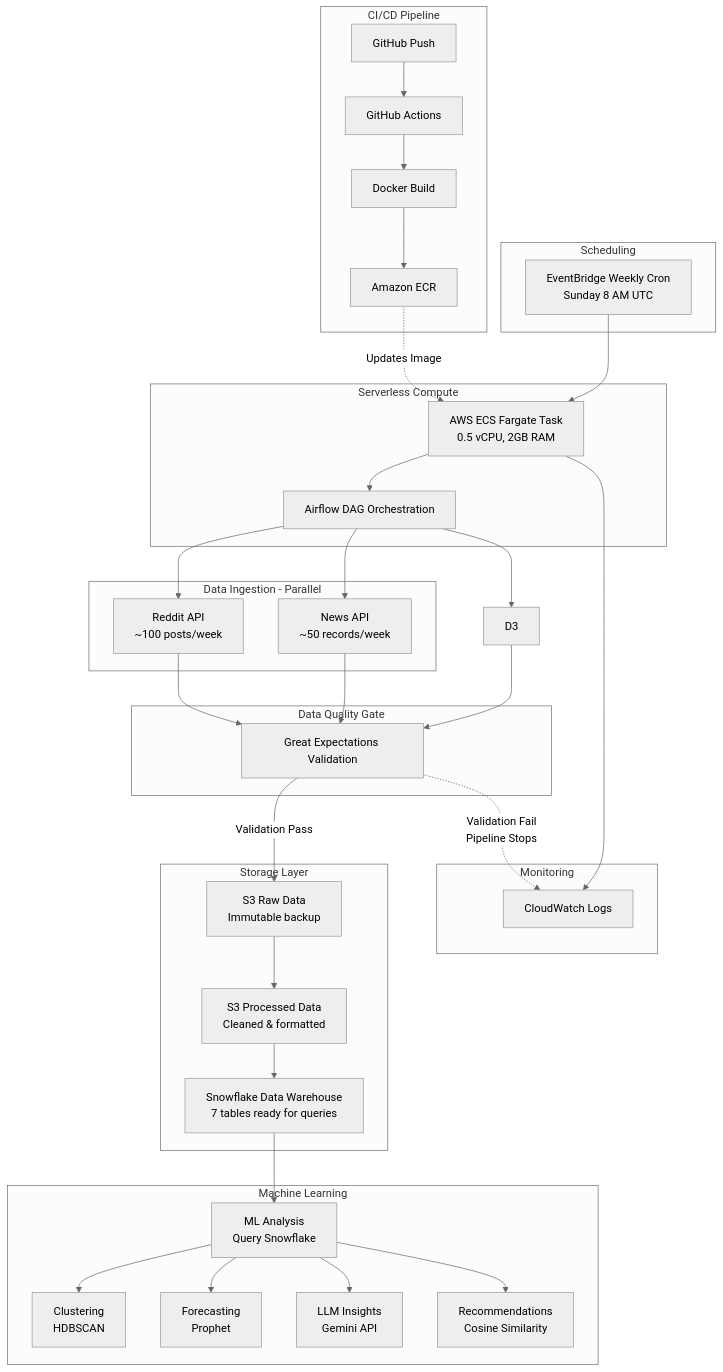
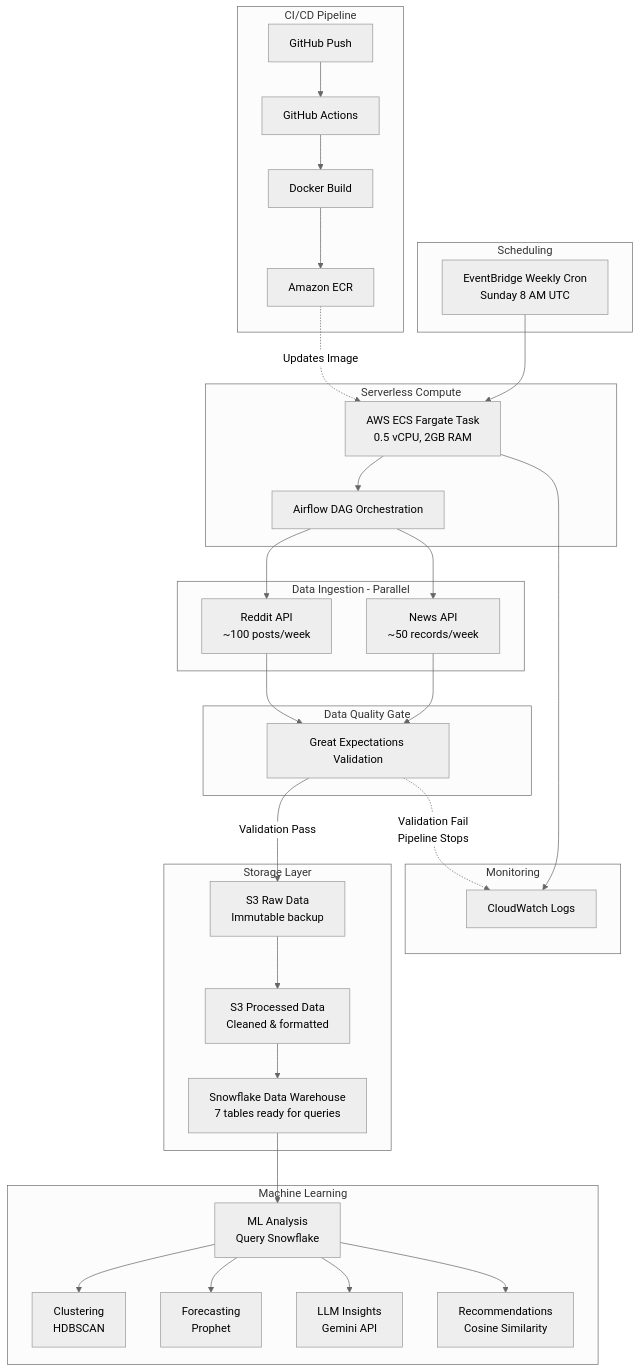
One commit to atremante26/Mental_Health_Project changed the diagram in README.md. Above: the diagram before and after it, drawn with Mermaid (neutral theme).

````diff
--- a/README.md
+++ b/README.md
@@ -82,74 +82,72 @@
 ```mermaid
 graph TB
     subgraph trigger["Scheduling"]
         A[EventBridge Weekly Cron<br/>Sunday 8 AM UTC]
     end
     
     subgraph compute["Serverless Compute"]
         B[AWS ECS Fargate Task<br/>0.5 vCPU, 2GB RAM]
         C[Airflow DAG Orchestration]
     end
     
     subgraph ingestion["Data Ingestion - Parallel"]
         D1[Reddit API<br/>~100 posts/week]
         D2[News API<br/>~50 records/week]
     end
     
     subgraph validation["Data Quality Gate"]
         E[Great Expectations Validation]
     end
     
     subgraph storage["Storage Layer"]
         F[S3 Raw Data<br/>Immutable backup]
         G[S3 Processed Data<br/>Cleaned & formatted]
         H[Snowflake Data Warehouse<br/>7 tables ready for queries]
     end
     
     subgraph ml["Machine Learning"]
         I[ML Analysis<br/>Query Snowflake]
         J1[Clustering<br/>HDBSCAN]
         J2[Forecasting<br/>Prophet]
         J3[LLM Insights<br/>Gemini API]
         J4[Recommendations<br/>Cosine Similarity]
     end
     
     subgraph cicd["CI/CD Pipeline"]
         K[GitHub Push]
         L[GitHub Actions]
         M[Docker Build]
         N[Amazon ECR]
     end
     
     subgraph monitoring["Monitoring"]
         O[CloudWatch Logs]
     end
     
     A --> B
     B --> C
     C --> D1
     C --> D2
-    C --> D3
     
     D1 --> E
     D2 --> E
-    D3 --> E
     
     E -->|Validation Pass| F
     E -.->|Validation Fail<br/>Pipeline Stops| O
     
     F --> G
     G --> H
     
     H --> I
     I --> J1
     I --> J2
     I --> J3
     I --> J4
     
     K --> L
     L --> M
     M --> N
     N -.->|Updates Image| B
     
     B --> O
 ```
````
